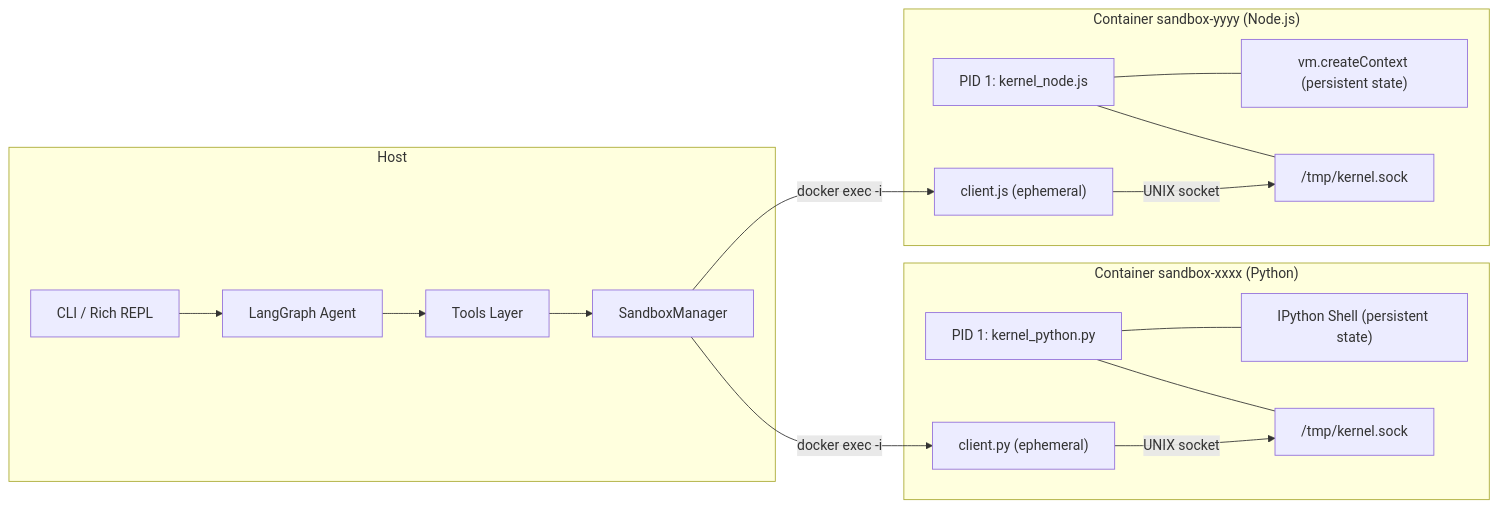
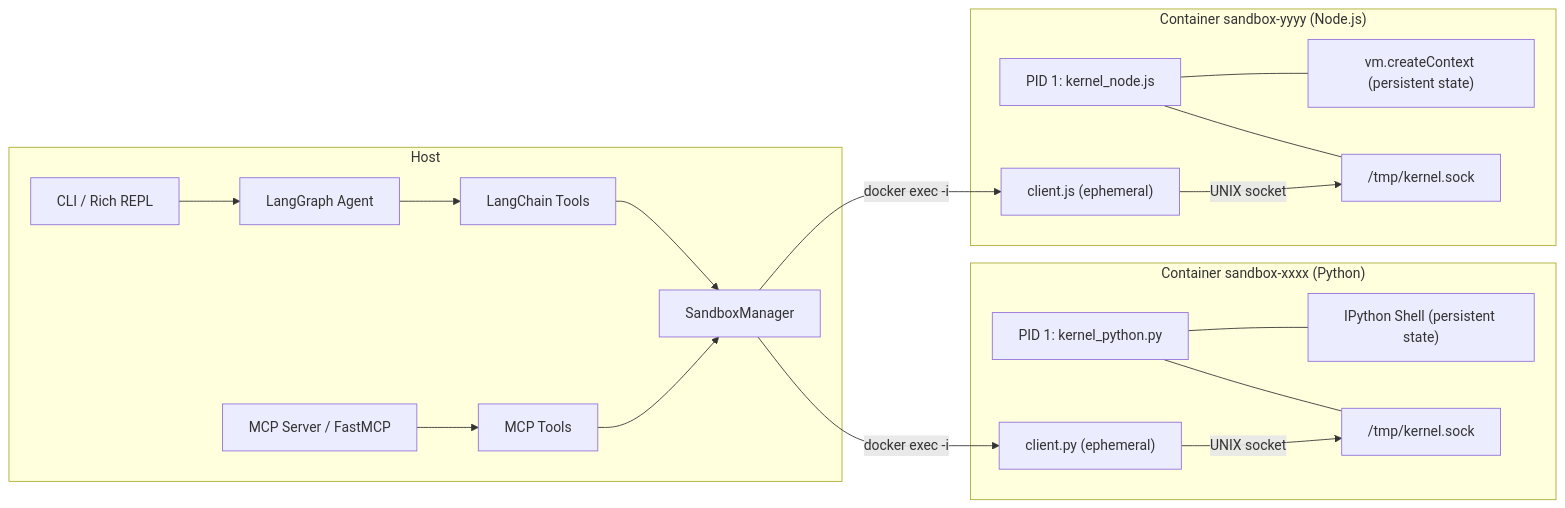
One commit to eduresser/sandbox-agent changed the diagram in README.md. Above: the diagram before and after it, drawn with Mermaid. The commit also changed other lines of this file and 3 other files, not shown here.

````diff
--- a/README.md
+++ b/README.md
@@ -141,36 +182,39 @@
 ```mermaid
 flowchart LR
     subgraph host [Host]
         CLI[CLI / Rich REPL]
         Agent[LangGraph Agent]
-        Tools[Tools Layer]
+        Tools[LangChain Tools]
+        MCP[MCP Server / FastMCP]
+        MCPTools[MCP Tools]
         SM[SandboxManager]
 
         CLI --> Agent --> Tools --> SM
+        MCP --> MCPTools --> SM
     end
 
     subgraph pyContainer ["Container sandbox-xxxx (Python)"]
         KP["PID 1: kernel_python.py"]
         IPython["IPython Shell (persistent state)"]
         SockP["/tmp/kernel.sock"]
         ClientP["client.py (ephemeral)"]
 
         KP --- IPython
         KP --- SockP
         ClientP -->|UNIX socket| SockP
     end
 
     subgraph nodeContainer ["Container sandbox-yyyy (Node.js)"]
         KN["PID 1: kernel_node.js"]
         VM["vm.createContext (persistent state)"]
         SockN["/tmp/kernel.sock"]
         ClientN["client.js (ephemeral)"]
 
         KN --- VM
         KN --- SockN
         ClientN -->|UNIX socket| SockN
     end
 
     SM -->|"docker exec -i"| ClientP
     SM -->|"docker exec -i"| ClientN
 ```
````
